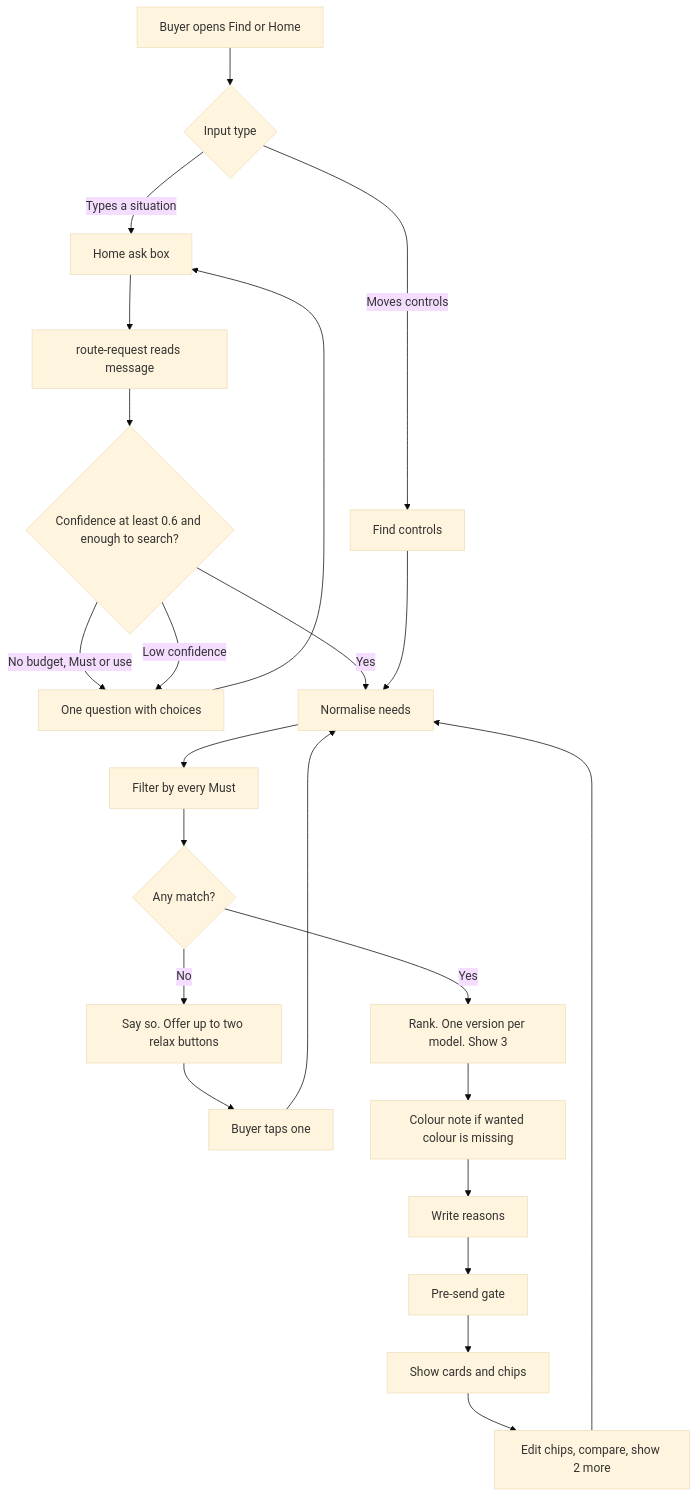
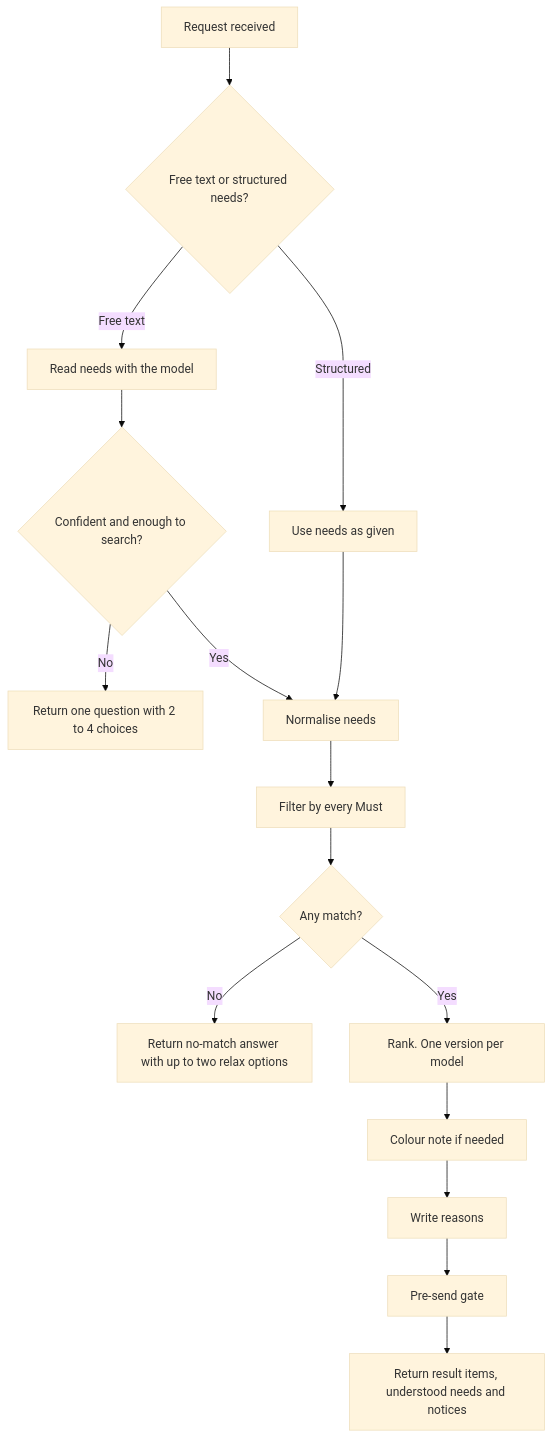
Before and after one commit to Atharvojha/AIforPMCapstoneProject_Team11: the first of 3 diagrams in lapfit-project/ai-spec/specs/F01_shortlist.md, drawn with Mermaid (base theme). The commit also changed other lines of this file and 46 other files, not shown here.

````diff
--- a/lapfit-project/ai-spec/specs/F01_shortlist.md
+++ b/lapfit-project/ai-spec/specs/F01_shortlist.md
@@ -65,25 +67,18 @@
 ```mermaid
 flowchart TD
-  A[Buyer opens Find or Home] --> B{Input type}
-  B -->|Types a situation| C[Home ask box]
-  B -->|Moves controls| D[Find controls]
-  C --> E[route-request reads message]
-  E --> F{Confidence at least 0.6 and enough to search?}
-  F -->|No budget, Must or use| G[One question with choices]
-  F -->|Low confidence| G
-  G --> C
-  F -->|Yes| H[Normalise needs]
-  D --> H
-  H --> I[Filter by every Must]
-  I --> J{Any match?}
-  J -->|No| K[Say so. Offer up to two relax buttons]
-  K --> L[Buyer taps one]
-  L --> H
-  J -->|Yes| M[Rank. One version per model. Show 3]
-  M --> N[Colour note if wanted colour is missing]
-  N --> O[Write reasons]
-  O --> P[Pre-send gate]
-  P --> Q[Show cards and chips]
-  Q --> R[Edit chips, compare, show 2 more]
-  R --> H
+  A[Request received] --> B{Free text or structured needs?}
+  B -->|Free text| C[Read needs with the model]
+  B -->|Structured| D[Use needs as given]
+  C --> E{Confident and enough to search?}
+  E -->|No| F[Return one question with 2 to 4 choices]
+  E -->|Yes| G[Normalise needs]
+  D --> G
+  G --> H[Filter by every Must]
+  H --> I{Any match?}
+  I -->|No| J[Return no-match answer with up to two relax options]
+  I -->|Yes| K[Rank. One version per model]
+  K --> L[Colour note if needed]
+  L --> M[Write reasons]
+  M --> N[Pre-send gate]
+  N --> O[Return result items, understood needs and notices]
 ```
````
